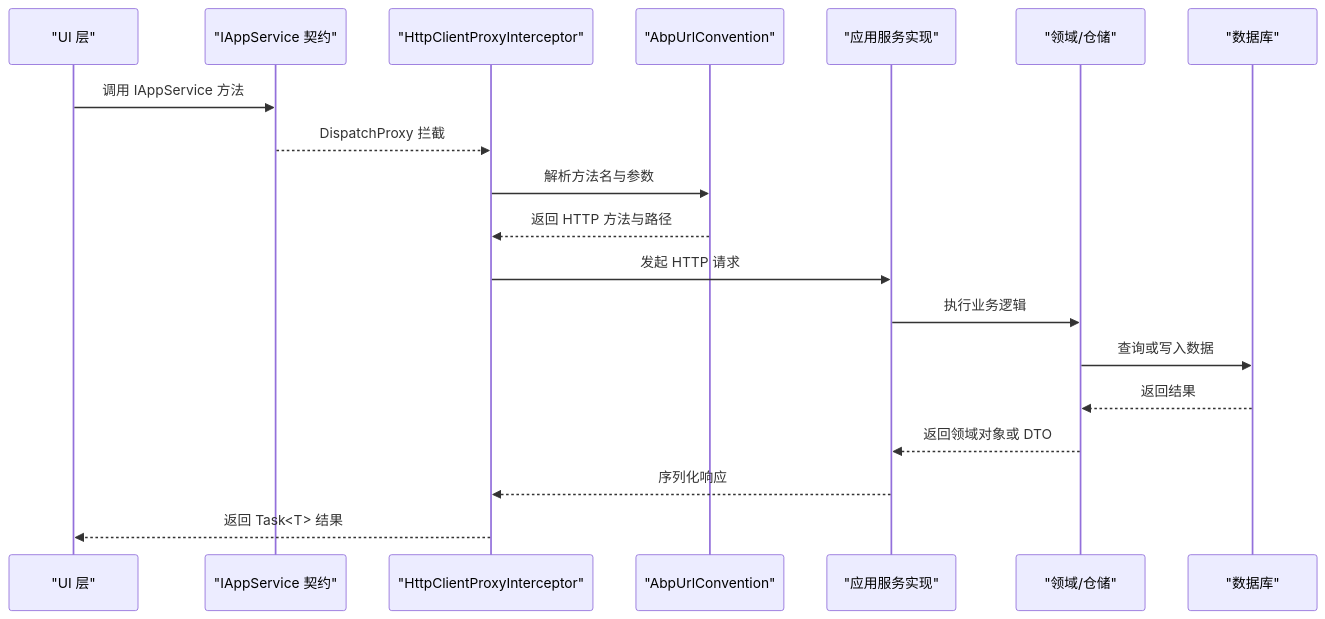
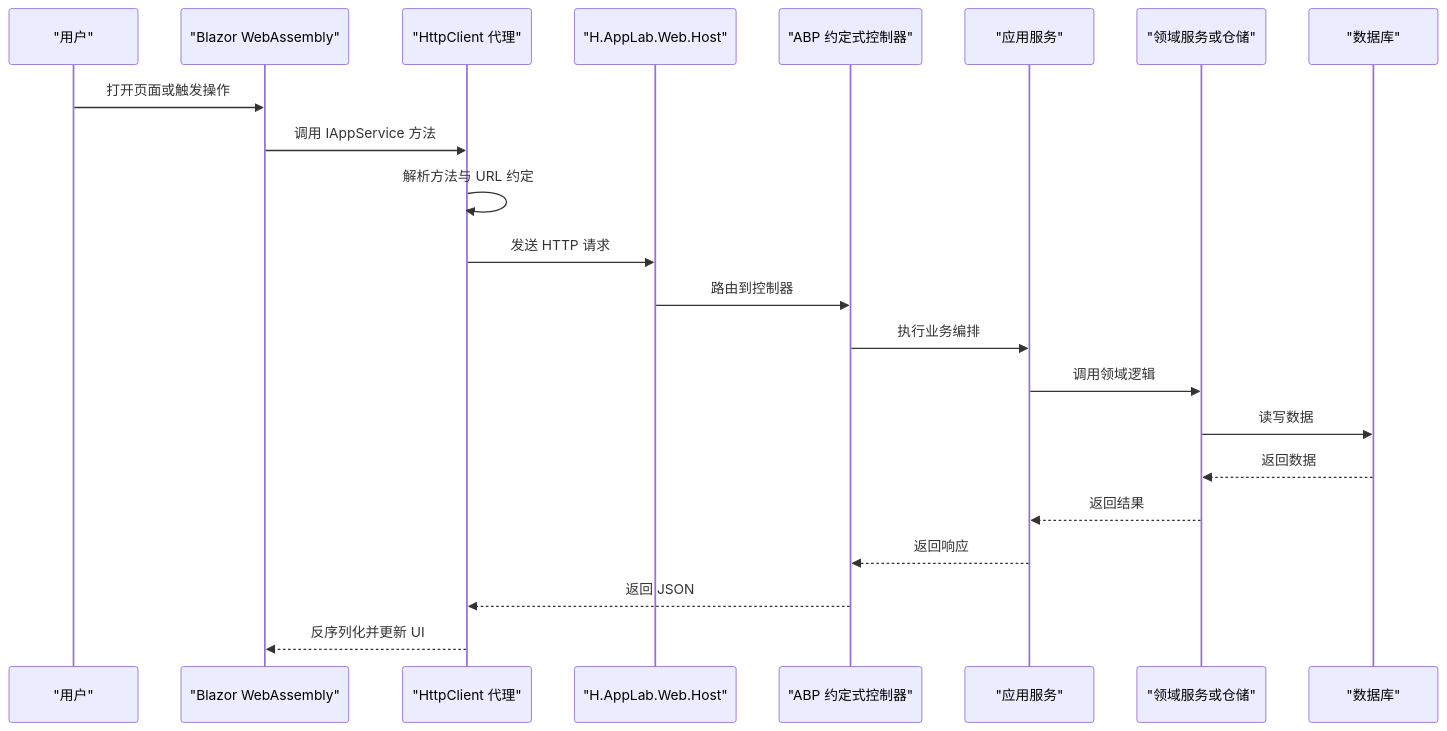
The sixth of 11 diagrams in .qoder/repowiki/zh/content/架构设计/架构设计.md (openlowcodelab/lowcode), drawn with Mermaid before and after one commit. The commit also changed other lines of this file and 223 other files, not shown here.

````diff
--- a/.qoder/repowiki/zh/content/架构设计/架构设计.md
+++ b/.qoder/repowiki/zh/content/架构设计/架构设计.md
@@ -169,22 +401,25 @@
 ```mermaid
 sequenceDiagram
-    participant UI as "UI 层"
-    participant Contract as "IAppService 契约"
-    participant Proxy as "HttpClientProxyInterceptor"
-    participant Convention as "AbpUrlConvention"
-    participant Service as "应用服务实现"
-    participant Domain as "领域/仓储"
+    participant User as "用户"
+    participant Browser as "Blazor WebAssembly"
+    participant Client as "HttpClient 代理"
+    participant Host as "H.AppLab.Web.Host"
+    participant Controller as "ABP 约定式控制器"
+    participant AppService as "应用服务"
+    participant Domain as "领域服务或仓储"
     participant DB as "数据库"
 
-    UI->>Contract: 调用 IAppService 方法
-    Contract-->>Proxy: DispatchProxy 拦截
-    Proxy->>Convention: 解析方法名与参数
-    Convention-->>Proxy: 返回 HTTP 方法与路径
-    Proxy->>Service: 发起 HTTP 请求
-    Service->>Domain: 执行业务逻辑
-    Domain->>DB: 查询或写入数据
-    DB-->>Domain: 返回结果
-    Domain-->>Service: 返回领域对象或 DTO
-    Service-->>Proxy: 序列化响应
-    Proxy-->>UI: 返回 Task<T> 结果
+    User->>Browser: 打开页面或触发操作
+    Browser->>Client: 调用 IAppService 方法
+    Client->>Client: 解析方法与 URL 约定
+    Client->>Host: 发送 HTTP 请求
+    Host->>Controller: 路由到控制器
+    Controller->>AppService: 执行业务编排
+    AppService->>Domain: 调用领域逻辑
+    Domain->>DB: 读写数据
+    DB-->>Domain: 返回数据
+    Domain-->>AppService: 返回结果
+    AppService-->>Controller: 返回响应
+    Controller-->>Client: 返回 JSON
+    Client-->>Browser: 反序列化并更新 UI
 ```
````
